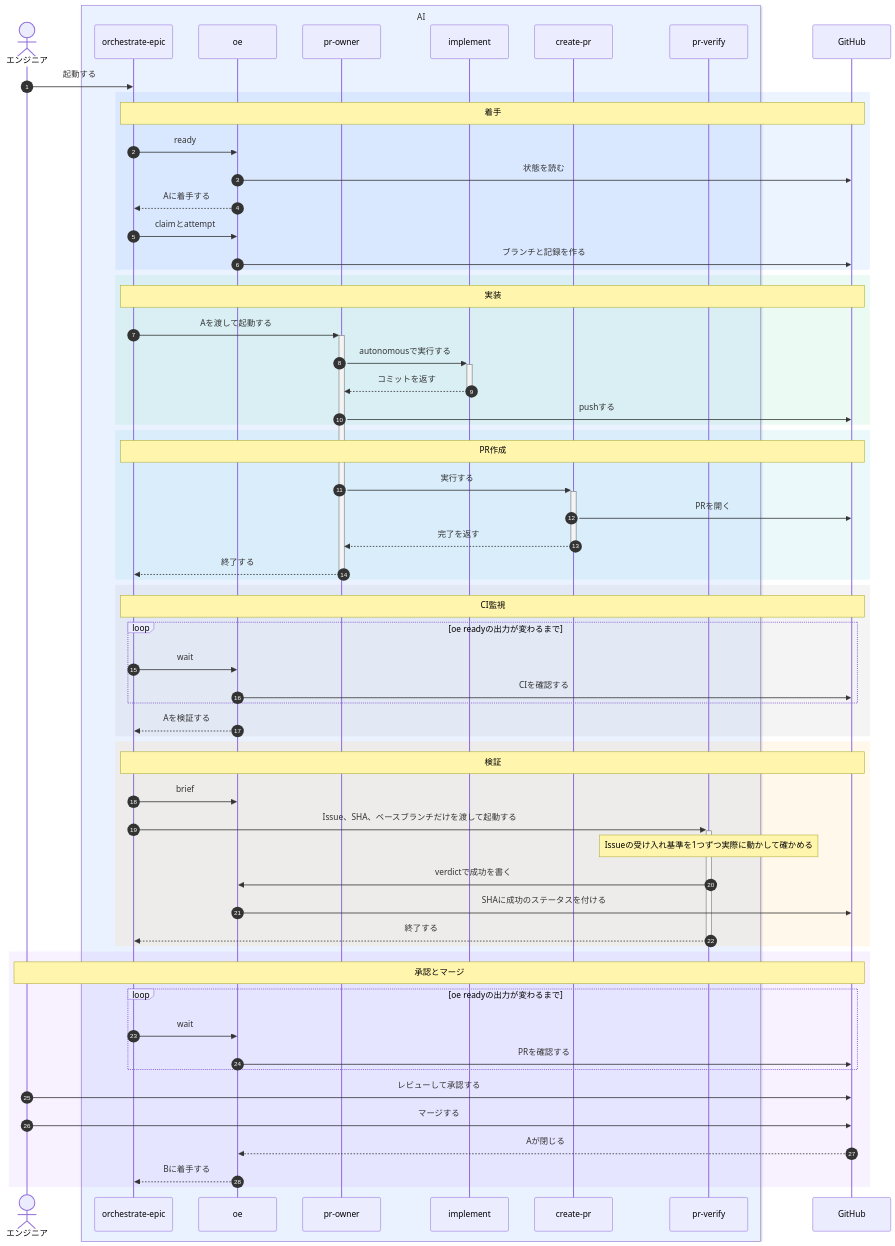
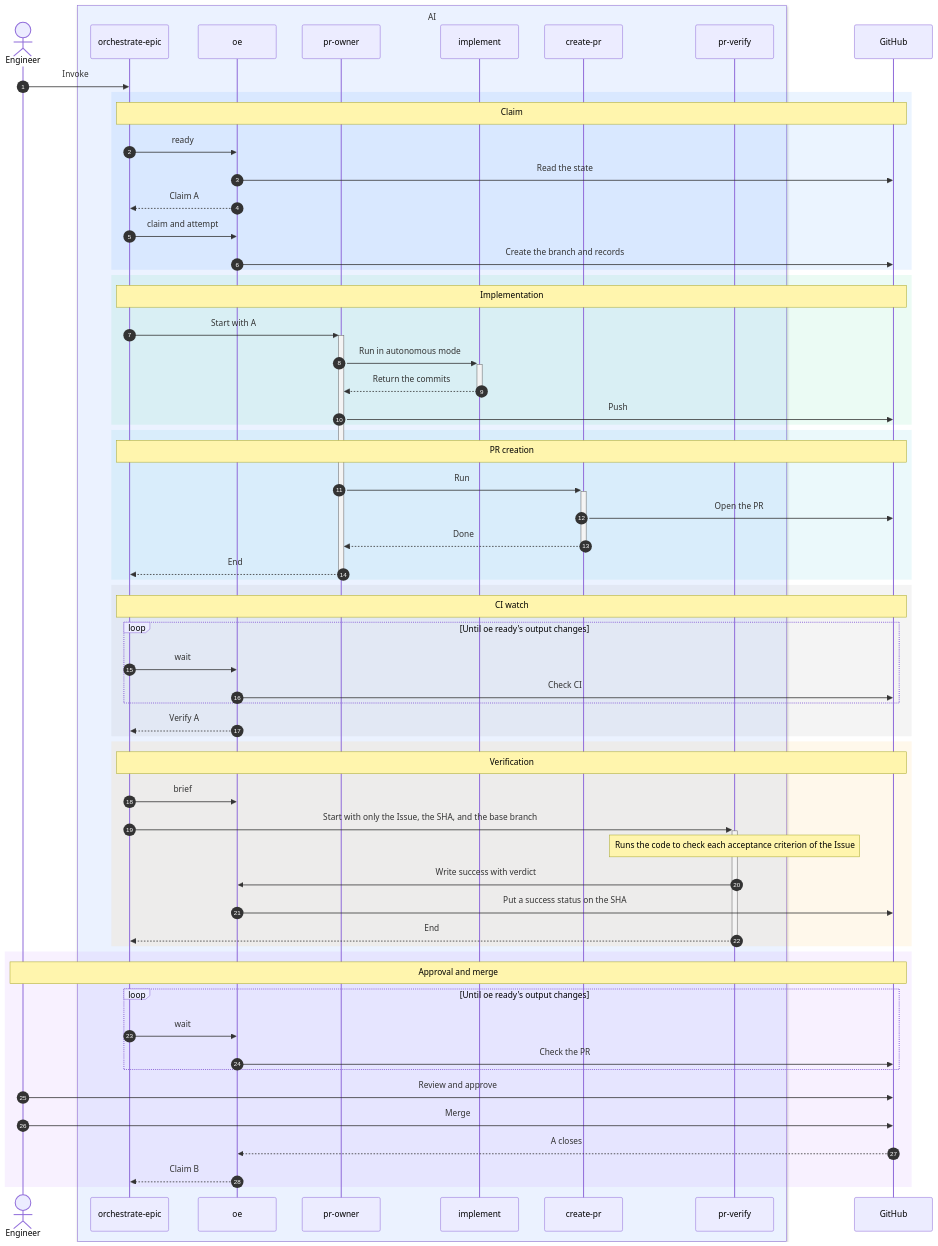
The second of 2 diagrams in docs/design/orchestrate-epic.md (maro114510/skills), drawn with Mermaid before and after one commit. The commit also changed other lines of this file, not shown here.

````diff
--- a/docs/design/orchestrate-epic.md
+++ b/docs/design/orchestrate-epic.md
@@ -136,65 +136,65 @@
 ```mermaid
 sequenceDiagram
   autonumber
-  actor H as エンジニア
+  actor H as Engineer
   box rgb(235,242,255) AI
     participant O as orchestrate-epic
     participant E as oe
     participant W as pr-owner
     participant I as implement
     participant C as create-pr
     participant V as pr-verify
   end
   participant G as GitHub
-  H->>O: 起動する
+  H->>O: Invoke
   rect rgba(0,120,255,0.08)
-    Note over O,G: 着手
+    Note over O,G: Claim
     O->>E: ready
-    E->>G: 状態を読む
-    E-->>O: Aに着手する
-    O->>E: claimとattempt
-    E->>G: ブランチと記録を作る
+    E->>G: Read the state
+    E-->>O: Claim A
+    O->>E: claim and attempt
+    E->>G: Create the branch and records
   end
   rect rgba(0,200,120,0.08)
-    Note over O,G: 実装
-    O->>+W: Aを渡して起動する
-    W->>+I: autonomousで実行する
-    I-->>-W: コミットを返す
-    W->>G: pushする
+    Note over O,G: Implementation
+    O->>+W: Start with A
+    W->>+I: Run in autonomous mode
+    I-->>-W: Return the commits
+    W->>G: Push
   end
   rect rgba(0,180,200,0.08)
-    Note over O,G: PR作成
-    W->>+C: 実行する
-    C->>G: PRを開く
-    C-->>-W: 完了を返す
-    W-->>-O: 終了する
+    Note over O,G: PR creation
+    W->>+C: Run
+    C->>G: Open the PR
+    C-->>-W: Done
+    W-->>-O: End
   end
   rect rgba(120,120,120,0.08)
-    Note over O,G: CI監視
-    loop oe readyの出力が変わるまで
+    Note over O,G: CI watch
+    loop Until oe ready's output changes
       O->>E: wait
-      E->>G: CIを確認する
+      E->>G: Check CI
     end
-    E-->>O: Aを検証する
+    E-->>O: Verify A
   end
   rect rgba(255,160,0,0.08)
-    Note over O,G: 検証
+    Note over O,G: Verification
     O->>E: brief
-    O->>+V: Issue、SHA、ベースブランチだけを渡して起動する
-    Note over V: Issueの受け入れ基準を1つずつ実際に動かして確かめる
-    V->>E: verdictで成功を書く
-    E->>G: SHAに成功のステータスを付ける
-    V-->>-O: 終了する
+    O->>+V: Start with only the Issue, the SHA, and the base branch
+    Note over V: Runs the code to check each acceptance criterion of the Issue
+    V->>E: Write success with verdict
+    E->>G: Put a success status on the SHA
+    V-->>-O: End
   end
   rect rgba(160,80,255,0.08)
-    Note over H,G: 承認とマージ
-    loop oe readyの出力が変わるまで
+    Note over H,G: Approval and merge
+    loop Until oe ready's output changes
       O->>E: wait
-      E->>G: PRを確認する
+      E->>G: Check the PR
     end
-    H->>G: レビューして承認する
-    H->>G: マージする
-    G-->>E: Aが閉じる
-    E-->>O: Bに着手する
+    H->>G: Review and approve
+    H->>G: Merge
+    G-->>E: A closes
+    E-->>O: Claim B
   end
 ```
````
